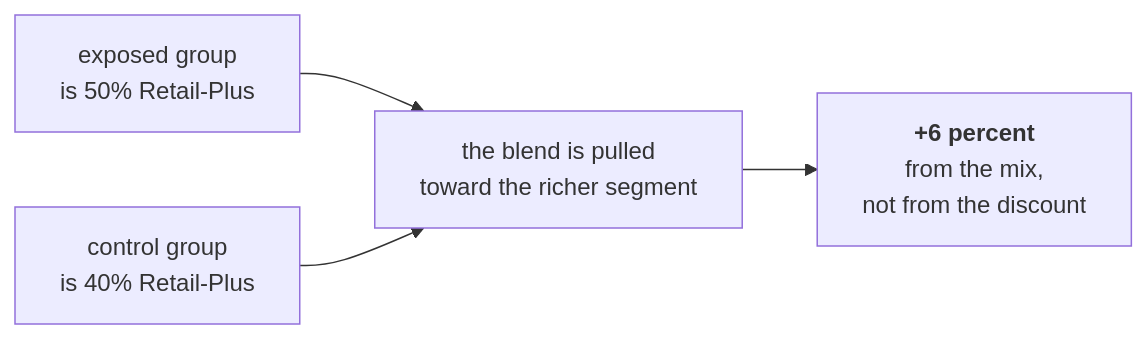
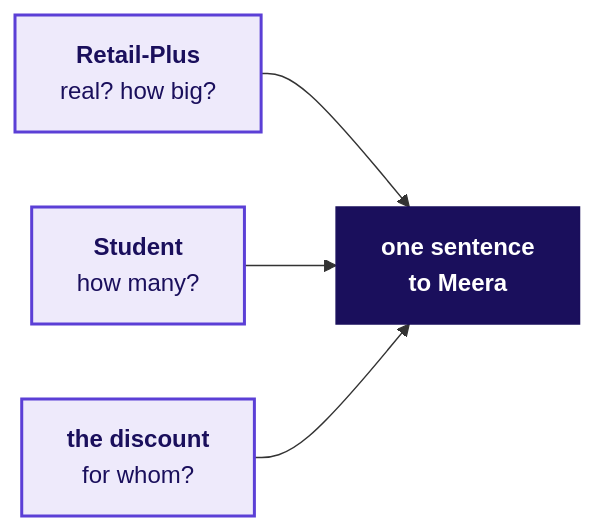
One commit to fde-academy-lab/c2-content-factory changed diagram 11 of 12 in content/W01/D4/slides/C2_W01_D04_half2_STUDENT.md. Above: the diagram before and after it, drawn with Mermaid. The commit also changed other lines of this file and 26 other files, not shown here.

````diff
--- a/content/W01/D4/slides/C2_W01_D04_half2_STUDENT.md
+++ b/content/W01/D4/slides/C2_W01_D04_half2_STUDENT.md
@@ -102,6 +423,10 @@
 ```mermaid
 flowchart LR
-    A["exposed group<br/>is 50% Retail-Plus"] --> C["the blend is pulled<br/>toward the richer segment"]
-    B["control group<br/>is 40% Retail-Plus"] --> C
-    C --> D["<b>+6 percent</b><br/>from the mix,<br/>not from the discount"]
+    A["<b>Retail-Plus</b><br/>real? how big?"] --> N["<b>one sentence<br/>to Meera</b>"]
+    B["<b>Student</b><br/>how many?"] --> N
+    C["<b>the discount</b><br/>for whom?"] --> N
+    classDef known fill:#EEEAFB,stroke:#5B3FD6,color:#1A0F5C,stroke-width:2px
+    classDef bet fill:#1A0F5C,stroke:#1A0F5C,color:#FFFFFF
+    class A,B,C known
+    class N bet
 ```
````
